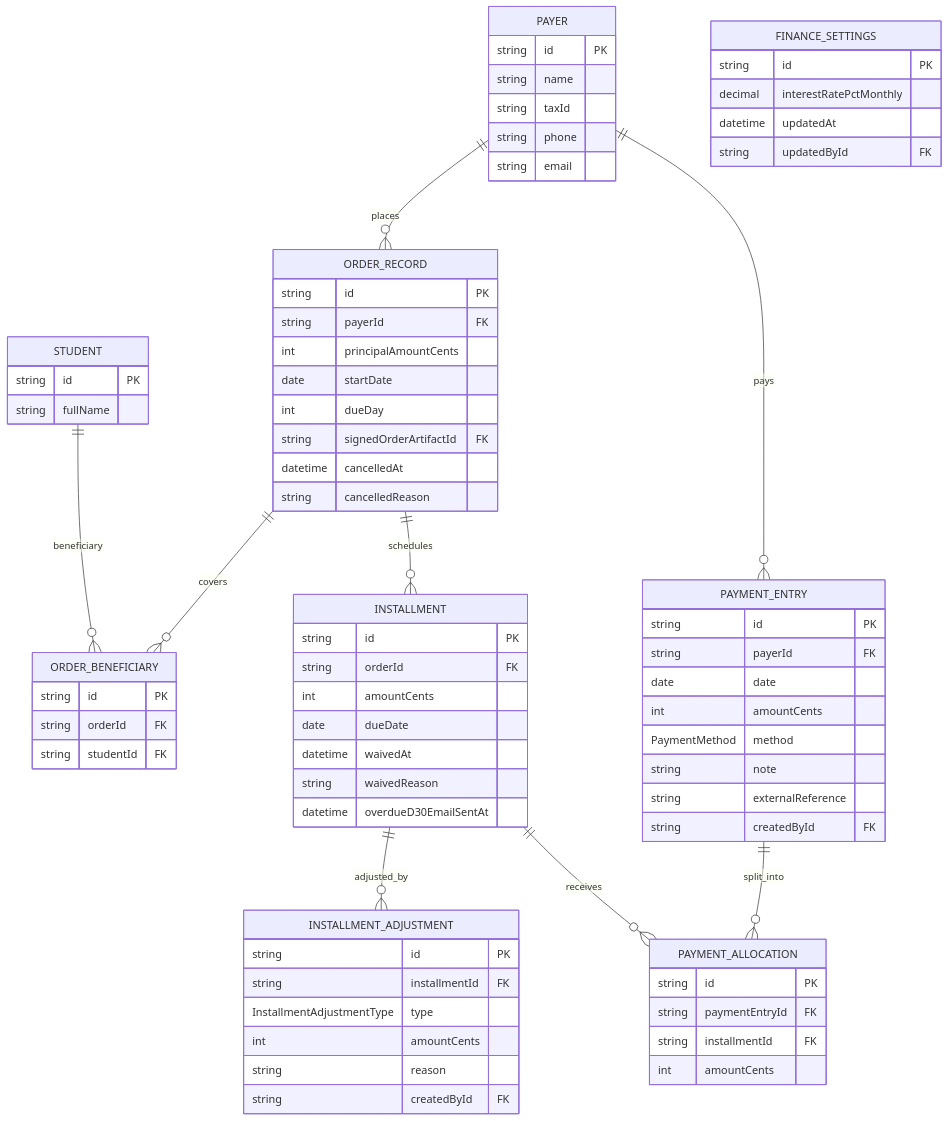
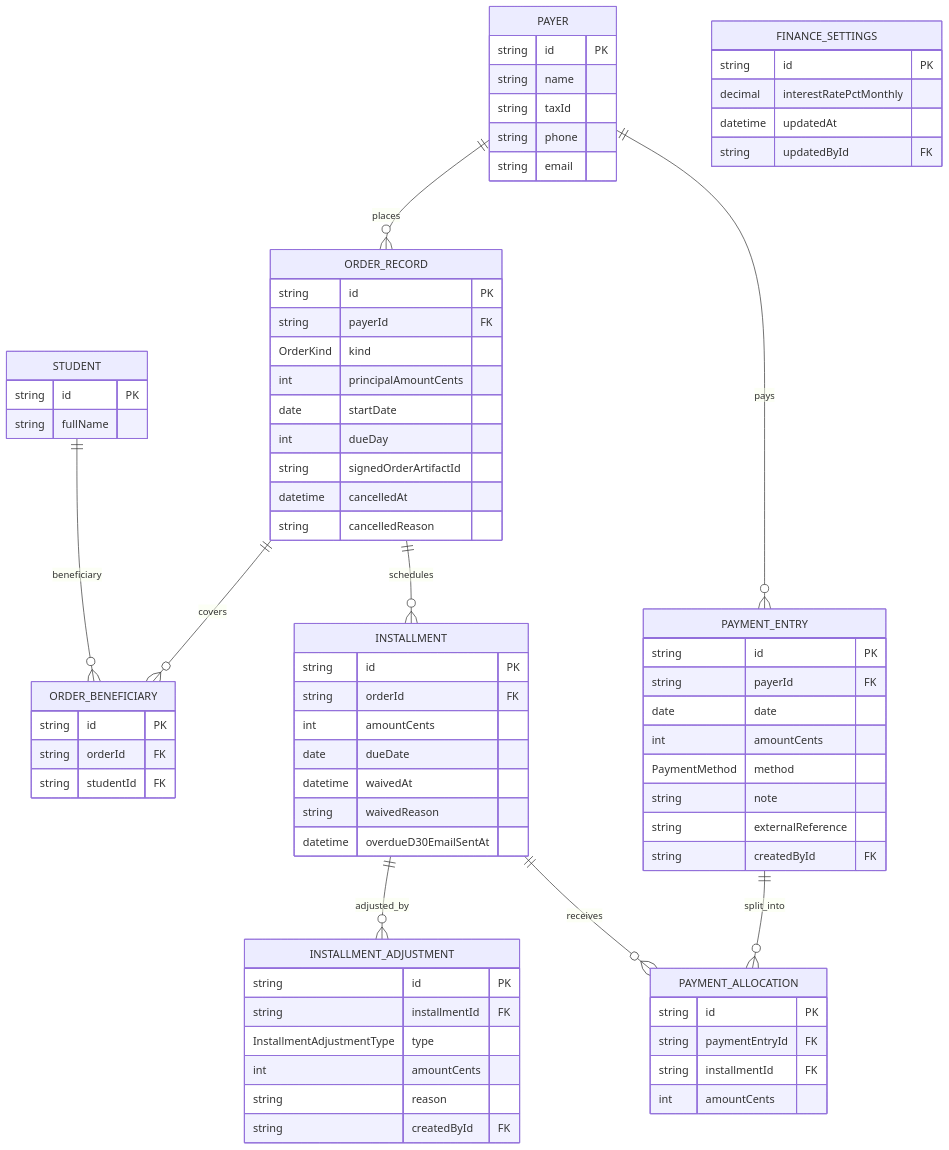
The third of 4 diagrams in docs/MVP/ERD.md (josiasrfreitas/lazuli), drawn with Mermaid before and after one commit. The commit also changed other lines of this file and 8 other files, not shown here.

Commit message:
GRE-42 add finance receivables schema

```diff
--- a/docs/MVP/ERD.md
+++ b/docs/MVP/ERD.md
@@ -320,10 +320,11 @@
   ORDER_RECORD {
     string id PK
     string payerId FK
+    OrderKind kind
     int principalAmountCents
     date startDate
     int dueDay
-    string signedOrderArtifactId FK
+    string signedOrderArtifactId
     datetime cancelledAt
     string cancelledReason
   }
```
